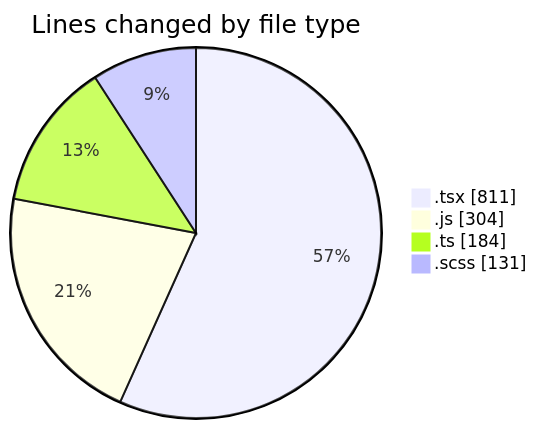
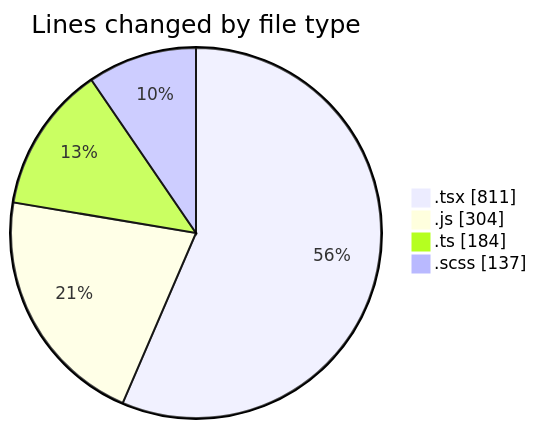
The first of 2 diagrams in 2025-02-26/cda/README.md (momahboobian/code-tracking), drawn with Mermaid before and after one commit. The commit also changed other lines of this file and 1 other file, not shown here.

````diff
--- a/2025-02-26/cda/README.md
+++ b/2025-02-26/cda/README.md
@@ -37,8 +37,8 @@
 ```mermaid
 pie showData
 title Lines changed by file type
 ".tsx" : 811
 ".js" : 304
 ".ts" : 184
-".scss" : 131
+".scss" : 137
 ```
````
